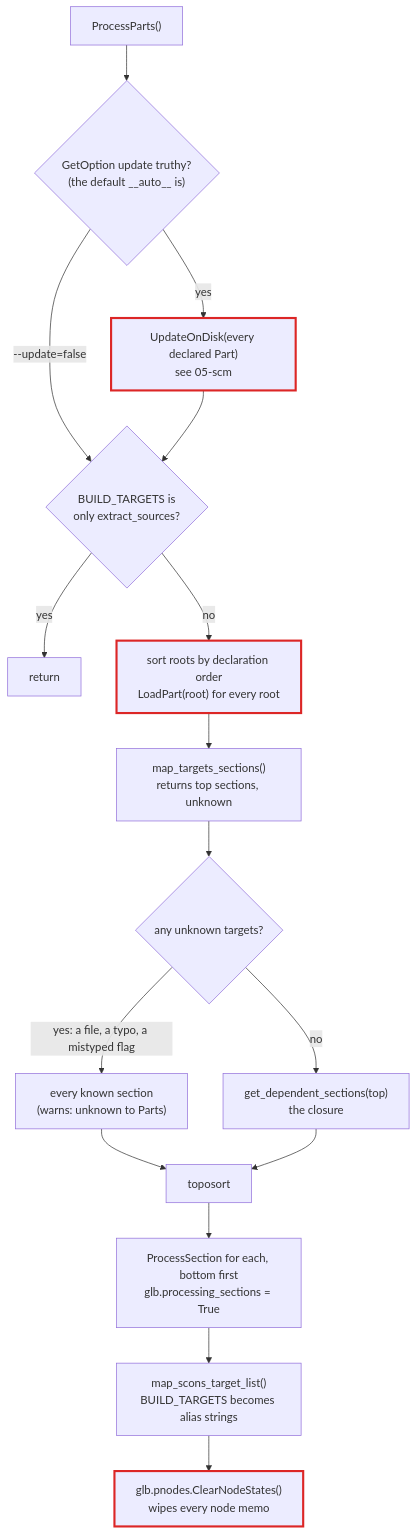
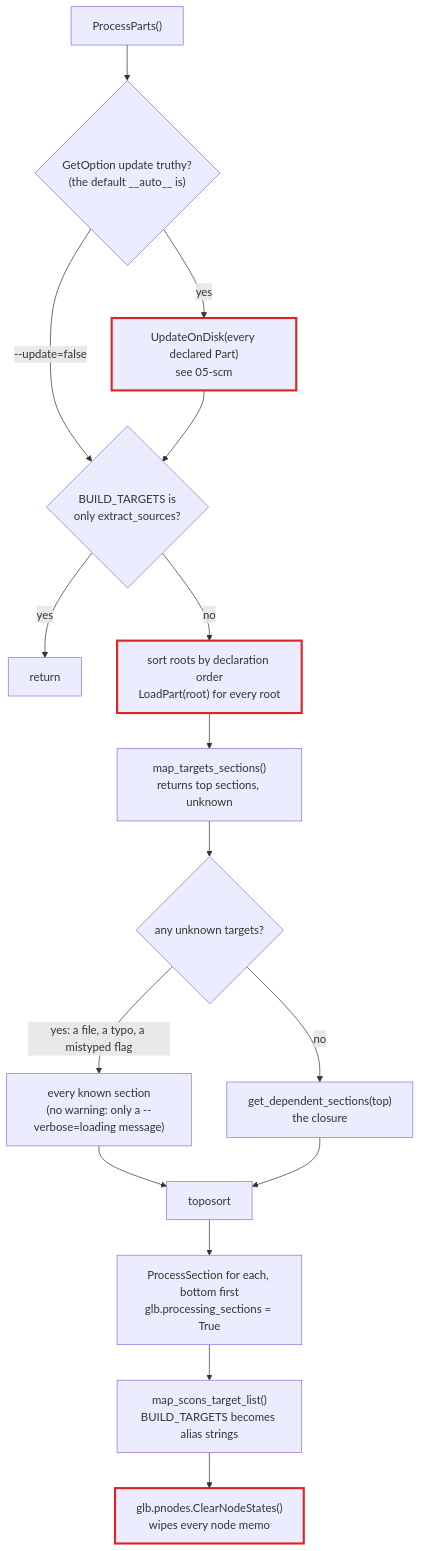
Before and after one commit to sconsparts/parts: the second of 4 diagrams in doc/architecture/03-part-loading.md, drawn with Mermaid. The commit also changed other lines of this file and 8 other files, not shown here.

First line of the commit message:
Correct the architecture maps after an order-and-attribution review

````diff
--- a/doc/architecture/03-part-loading.md
+++ b/doc/architecture/03-part-loading.md
@@ -31,19 +31,19 @@
 ```mermaid
 flowchart TD
     A["ProcessParts()"] --> U{"GetOption update truthy?<br/>(the default __auto__ is)"}
     U -->|"yes"| UOD["UpdateOnDisk(every declared Part)<br/>see 05-scm"]:::hot
     U -->|"--update=false"| X
     UOD --> X{"BUILD_TARGETS is<br/>only extract_sources?"}
     X -->|"yes"| R1["return"]
     X -->|"no"| L["sort roots by declaration order<br/>LoadPart(root) for every root"]:::hot
     L --> MT["map_targets_sections()<br/>returns top sections, unknown"]
     MT --> Q{"any unknown targets?"}
-    Q -->|"yes: a file, a typo, a mistyped flag"| ALL["every known section<br/>(warns: unknown to Parts)"]
+    Q -->|"yes: a file, a typo, a mistyped flag"| ALL["every known section<br/>(no warning: only a --verbose=loading message)"]
     Q -->|"no"| CLO["get_dependent_sections(top)<br/>the closure"]
     ALL --> TS["toposort"]
     CLO --> TS
     TS --> PS["ProcessSection for each, bottom first<br/>glb.processing_sections = True"]
     PS --> MS["map_scons_target_list()<br/>BUILD_TARGETS becomes alias strings"]
     MS --> CNS["glb.pnodes.ClearNodeStates()<br/>wipes every node memo"]:::hot
     classDef hot stroke:#dc2626,stroke-width:3px
 ```
````
